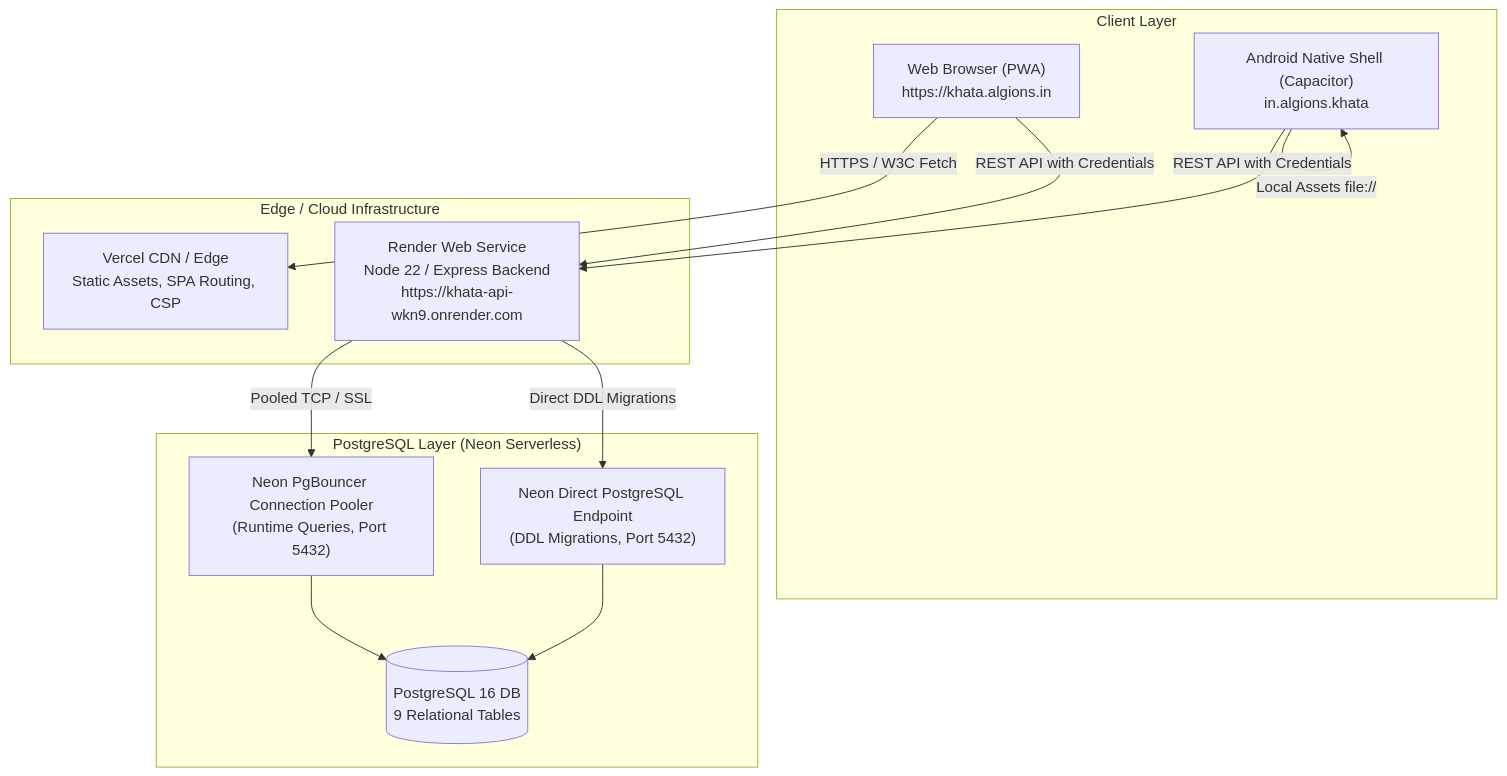
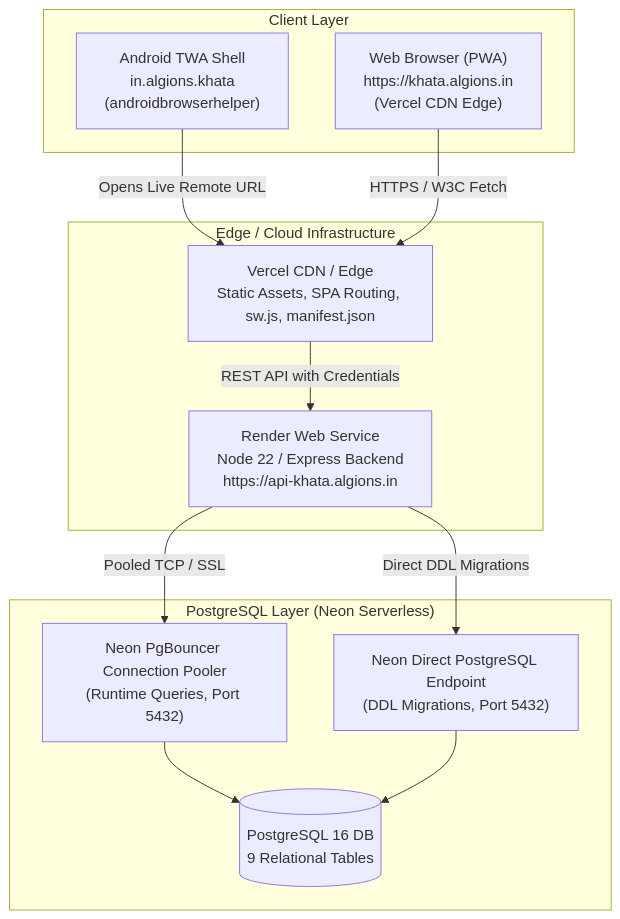
Before and after one commit to abraj12/khata-copy: the first of 2 diagrams in docs/ARCHITECTURE.md, drawn with Mermaid. The commit also changed other lines of this file and 103 other files, not shown here.

````diff
--- a/docs/ARCHITECTURE.md
+++ b/docs/ARCHITECTURE.md
@@ -13,28 +15,27 @@
 ```mermaid
 flowchart TD
     subgraph Clients["Client Layer"]
-        PWA["Web Browser (PWA)\nhttps://khata.algions.in"]
-        APK["Android Native Shell (Capacitor)\nin.algions.khata"]
+        PWA["Web Browser (PWA)\nhttps://khata.algions.in\n(Vercel CDN Edge)"]
+        TWA["Android TWA Shell\nin.algions.khata\n(androidbrowserhelper)"]
     end
 
     subgraph Hosting["Edge / Cloud Infrastructure"]
-        Vercel["Vercel CDN / Edge\nStatic Assets, SPA Routing, CSP"]
-        Render["Render Web Service\nNode 22 / Express Backend\nhttps://khata-api-wkn9.onrender.com"]
+        Vercel["Vercel CDN / Edge\nStatic Assets, SPA Routing, sw.js, manifest.json"]
+        Render["Render Web Service\nNode 22 / Express Backend\nhttps://api-khata.algions.in"]
     end
 
     subgraph Database["PostgreSQL Layer (Neon Serverless)"]
         Pooler["Neon PgBouncer Connection Pooler\n(Runtime Queries, Port 5432)"]
         Direct["Neon Direct PostgreSQL Endpoint\n(DDL Migrations, Port 5432)"]
         DB[(PostgreSQL 16 DB\n9 Relational Tables)]
     end
 
+    TWA -->|Opens Live Remote URL| Vercel
     PWA -->|HTTPS / W3C Fetch| Vercel
-    PWA -->|REST API with Credentials| Render
-    APK -->|Local Assets file://| APK
-    APK -->|REST API with Credentials| Render
+    Vercel -->|REST API with Credentials| Render
 
     Render -->|Pooled TCP / SSL| Pooler
     Render -->|Direct DDL Migrations| Direct
     Pooler --> DB
     Direct --> DB
 ```
````
